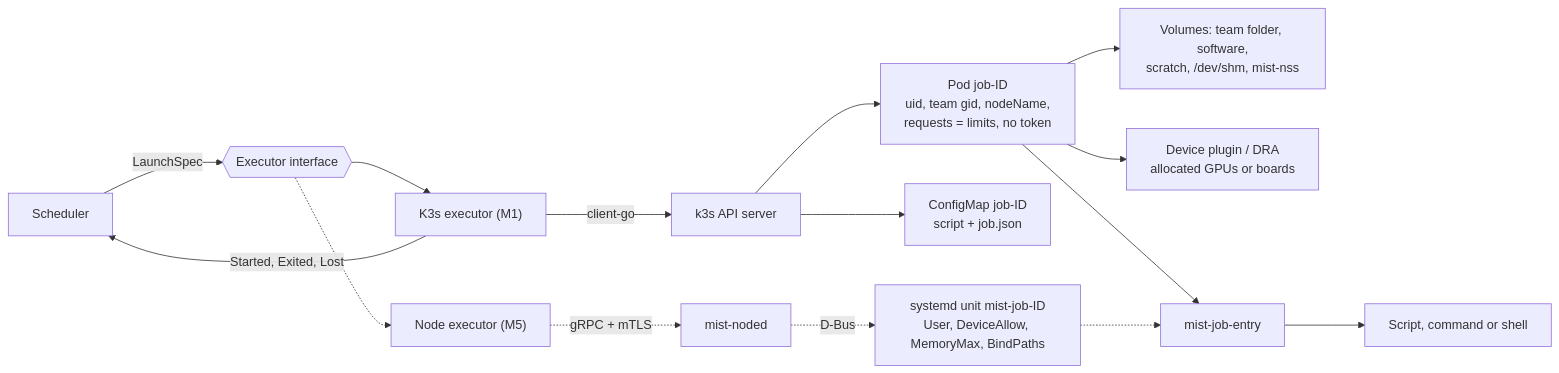
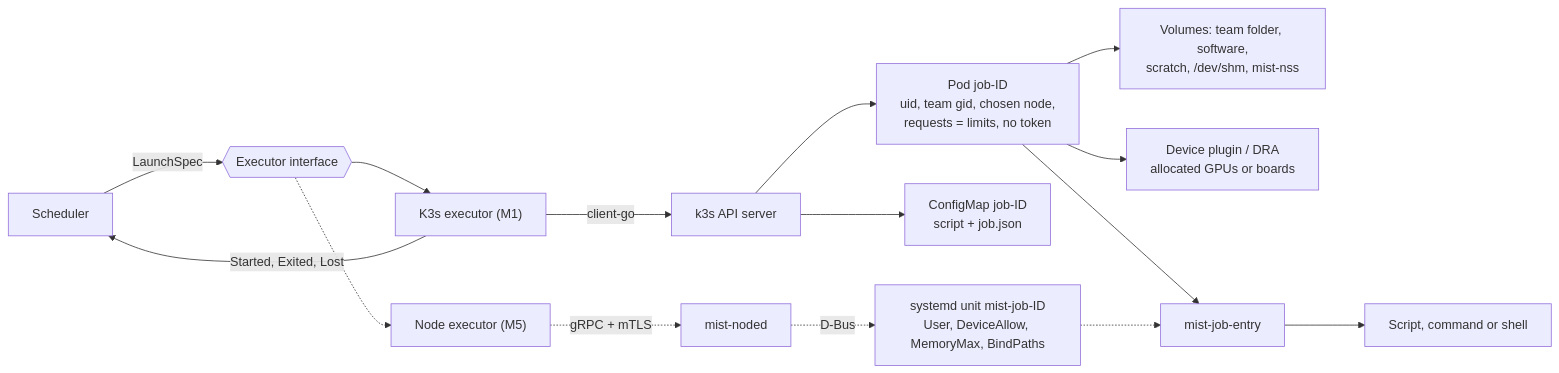
One commit to UTMIST/Mist changed the diagram in docs/agents/architecture/executors.md. Above: the diagram before and after it, drawn with Mermaid. The commit also changed other lines of this file and 12 other files, not shown here.

First line of the commit message:
Refine HPC-style architecture contracts and jobs plan

````diff
--- a/docs/agents/architecture/executors.md
+++ b/docs/agents/architecture/executors.md
@@ -22,20 +22,20 @@
 ```mermaid
 flowchart LR
     S[Scheduler] -->|LaunchSpec| I{{Executor interface}}
     I --> K["K3s executor (M1)"]
     I -.-> NE["Node executor (M5)"]
 
     K -->|client-go| KAPI[k3s API server]
-    KAPI --> Pod["Pod job-ID<br/>uid, team gid, nodeName,<br/>requests = limits, no token"]
+    KAPI --> Pod["Pod job-ID<br/>uid, team gid, chosen node,<br/>requests = limits, no token"]
     KAPI --> CM["ConfigMap job-ID<br/>script + job.json"]
     Pod --> Vol["Volumes: team folder, software,<br/>scratch, /dev/shm, mist-nss"]
     Pod --> Dev["Device plugin / DRA<br/>allocated GPUs or boards"]
     Pod --> Entry[mist-job-entry]
 
     NE -.->|gRPC + mTLS| Agent[mist-noded]
     Agent -.->|D-Bus| Unit["systemd unit mist-job-ID<br/>User, DeviceAllow, MemoryMax, BindPaths"]
     Unit -.-> Entry
 
     Entry --> Work[Script, command or shell]
     K -->|"Started, Exited, Lost"| S
 ```
````
